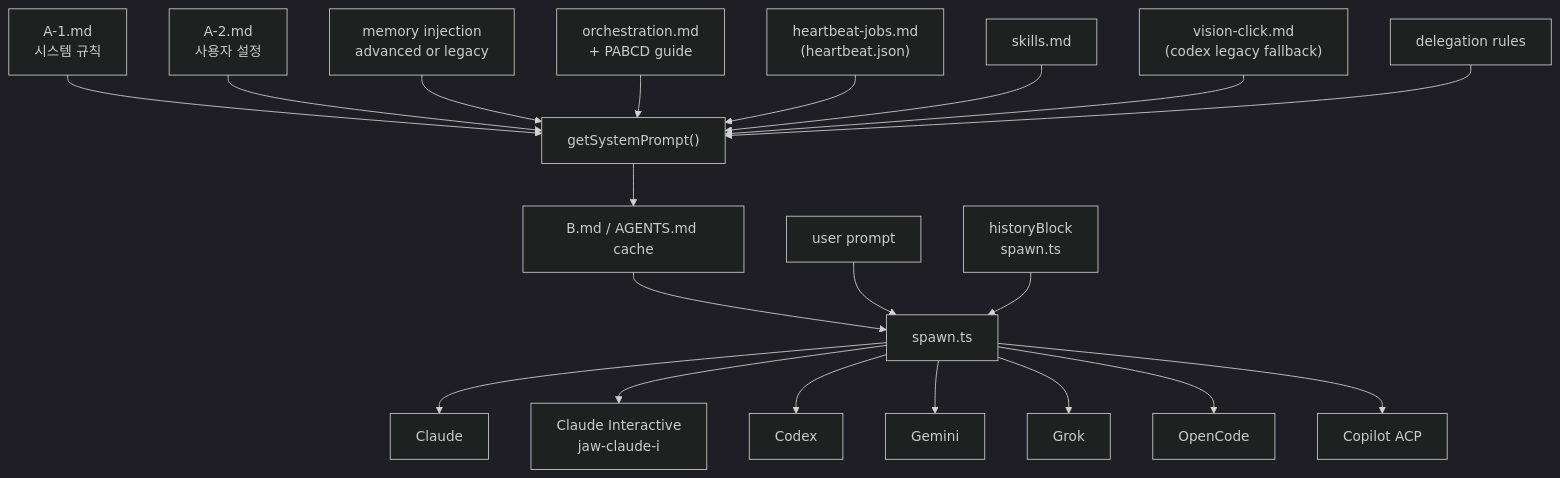
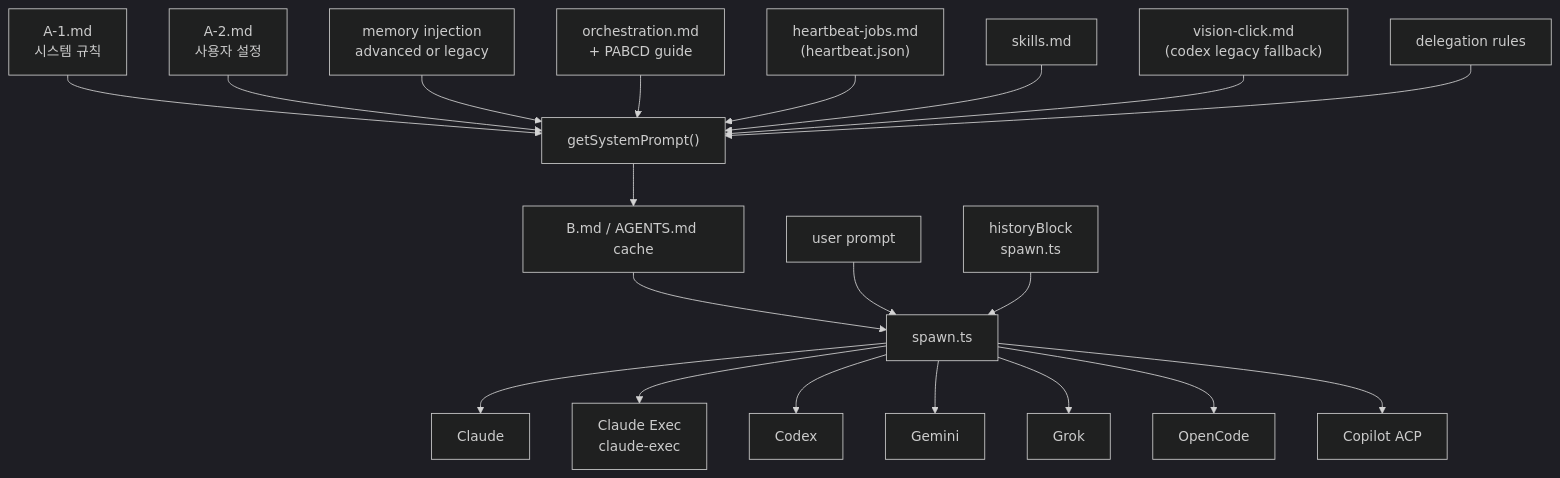
One commit to lidge-jun/cli-jaw changed the diagram in structure/prompt_flow.md. Above: the diagram before and after it, drawn with Mermaid (dark theme). The commit also changed other lines of this file and 13 other files, not shown here.

Commit message:
[agent] chore: prefer claude-exec runtime surface

````diff
--- a/structure/prompt_flow.md
+++ b/structure/prompt_flow.md
@@ -17,22 +17,22 @@
 ```mermaid
 graph TD
     A1["A-1.md<br/>시스템 규칙"] --> SYS["getSystemPrompt()"]
     A2["A-2.md<br/>사용자 설정"] --> SYS
     MEM["memory injection<br/>advanced or legacy"] --> SYS
     ORC["orchestration.md<br/>+ PABCD guide"] --> SYS
     HB["heartbeat-jobs.md<br/>(heartbeat.json)"] --> SYS
     SK["skills.md"] --> SYS
     VC["vision-click.md<br/>(codex legacy fallback)"] --> SYS
     DEL["delegation rules"] --> SYS
     SYS --> B["B.md / AGENTS.md cache"]
     B --> SPAWN["spawn.ts"]
     USER["user prompt"] --> SPAWN
     HIST["historyBlock<br/>spawn.ts"] --> SPAWN
     SPAWN --> CLAUDE["Claude"]
-    SPAWN --> CLAUDEI["Claude Interactive<br/>jaw-claude-i"]
+    SPAWN --> CLAUDEI["Claude Exec<br/>claude-exec"]
     SPAWN --> CODEX["Codex"]
     SPAWN --> GEMINI["Gemini"]
     SPAWN --> GROK["Grok"]
     SPAWN --> OPENCODE["OpenCode"]
     SPAWN --> COPILOT["Copilot ACP"]
 ```
````
